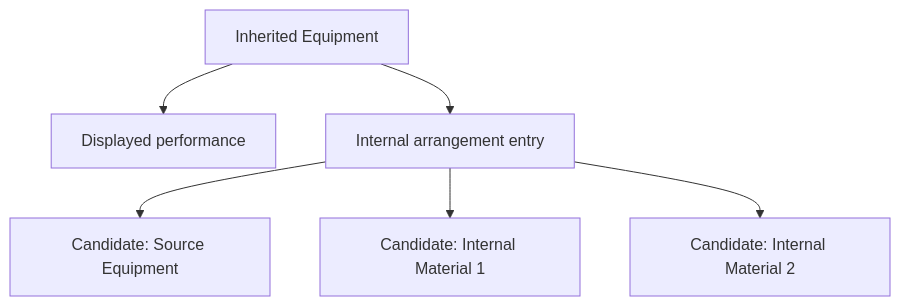
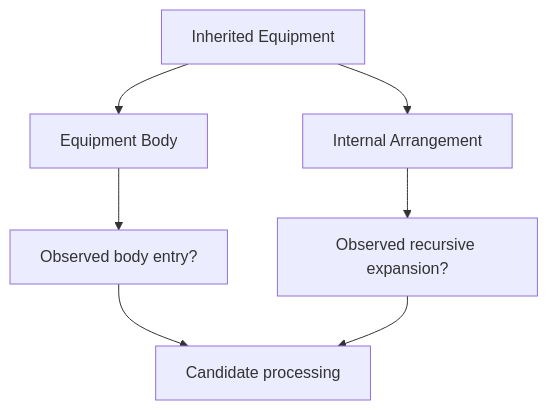
The second of 2 diagrams in articles/Self-Contamination.md (j13343sh/Rune-Factory-Inheritance-Research), drawn with Mermaid before and after one commit. The commit also changed other lines of this file, not shown here.

````diff
--- a/articles/Self-Contamination.md
+++ b/articles/Self-Contamination.md
@@ -51,9 +53,10 @@
 ```mermaid
 flowchart TD
     A[Inherited Equipment]
-    A --> B[Displayed performance]
-    A --> C[Internal arrangement entry]
-    C --> D[Candidate: Source Equipment]
-    C --> E[Candidate: Internal Material 1]
-    C --> F[Candidate: Internal Material 2]
+    A --> B[Equipment Body]
+    A --> C[Internal Arrangement]
+    B --> D[Observed body entry?]
+    C --> E[Observed recursive expansion?]
+    D --> F[Candidate processing]
+    E --> F
 ```
````
